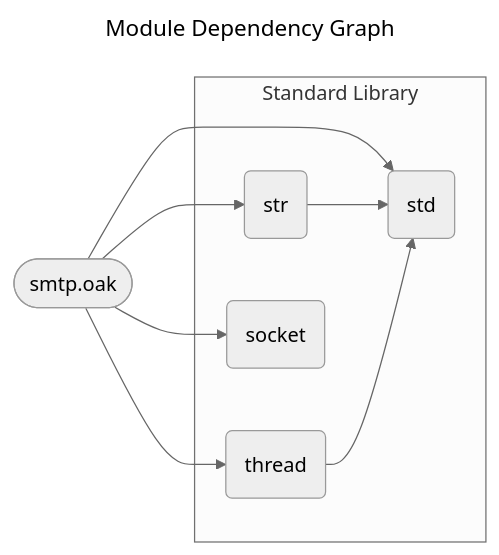
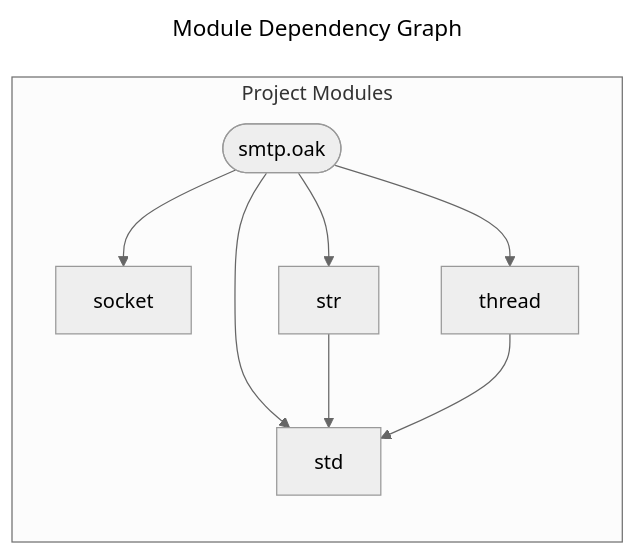
One commit to SpcFORK/magnolia changed the diagram in docs/spec/smtp.mmd. Above: the diagram before and after it, drawn with Mermaid (neutral theme). The commit also changed 373 other files, not shown here.

Commit message:
Refactor module dependency graphs and update imports across various specifications

```diff
--- a/docs/spec/smtp.mmd
+++ b/docs/spec/smtp.mmd
@@ -1,17 +1,17 @@
 ---
 title: Module Dependency Graph
 ---
 flowchart LR
-    lib_smtp_oak(["smtp.oak"])
-    subgraph stdlib_core ["Standard Library"]
-        str("str")
-        thread("thread")
-        socket("socket")
-        std("std")
+    subgraph project_modules ["Project Modules"]
+        socket["socket"]
+        lib_smtp_oak(["smtp.oak"])
+        std["std"]
+        str["str"]
+        thread["thread"]
     end
     lib_smtp_oak --> std
     lib_smtp_oak --> str
     lib_smtp_oak --> thread
     lib_smtp_oak --> socket
     str --> std
     thread --> std
```
